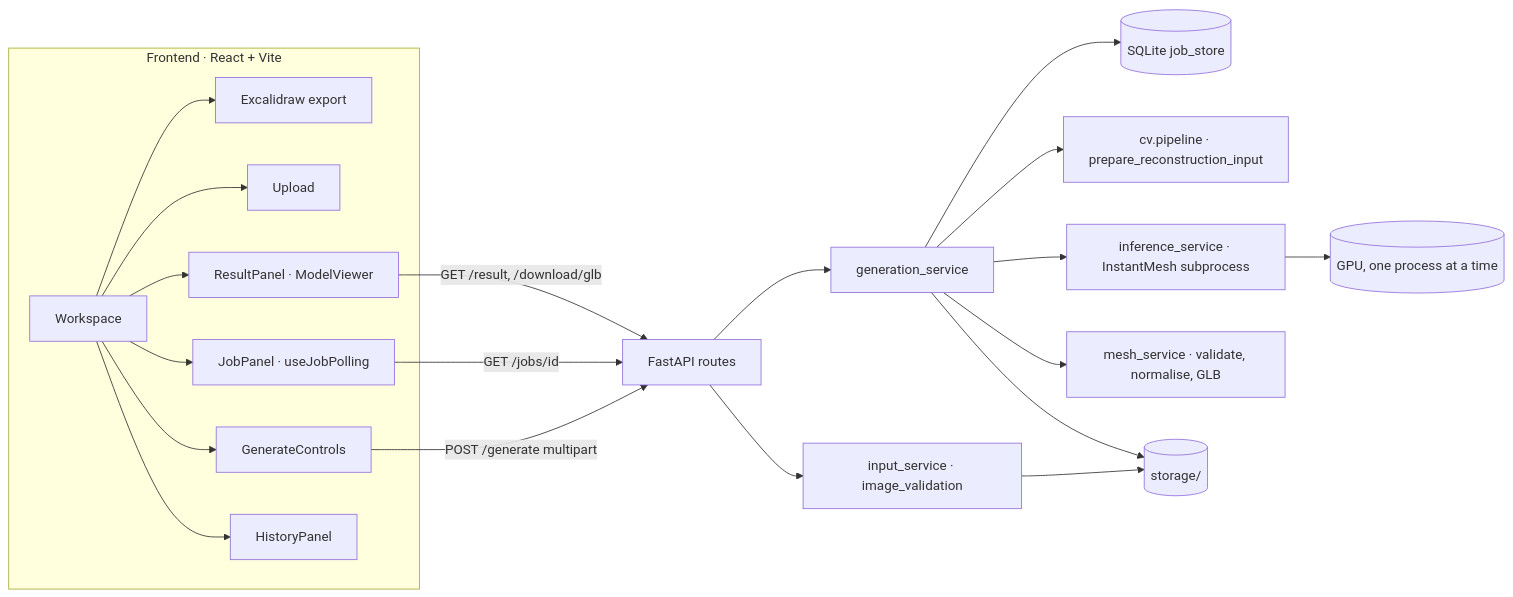
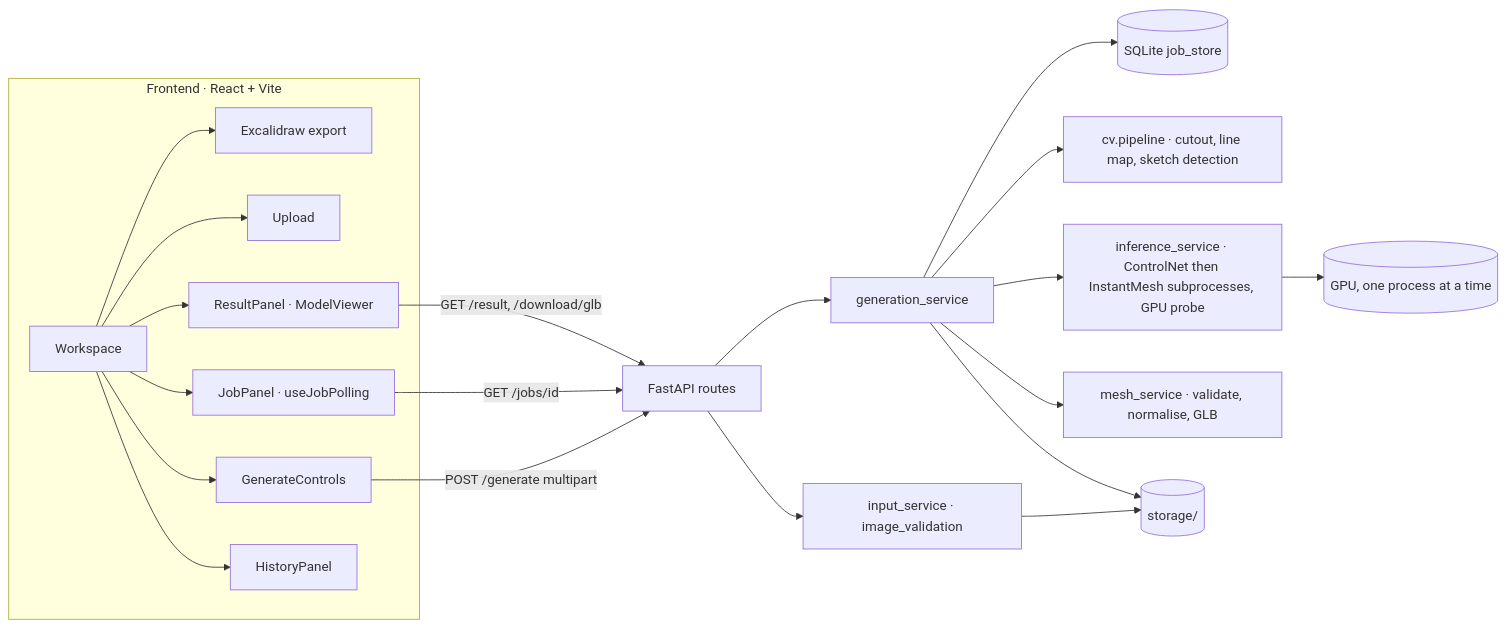
Before and after one commit to anmolkamath22/ML_HACKATHON: the diagram in docs/ARCHITECTURE.md, drawn with Mermaid. The commit also changed other lines of this file and 40 other files, not shown here.

First line of the commit message:
Add ControlNet refinement, any-GPU detection and shareable serving

````diff
--- a/docs/ARCHITECTURE.md
+++ b/docs/ARCHITECTURE.md
@@ -3,23 +3,23 @@
 ```mermaid
 flowchart LR
  subgraph UI[Frontend · React + Vite]
   W[Workspace] --> E[Excalidraw export]
   W --> U[Upload]
   W --> G[GenerateControls]
   W --> J[JobPanel · useJobPolling]
   W --> R[ResultPanel · ModelViewer]
   W --> H[HistoryPanel]
  end
  G -->|POST /generate multipart| API[FastAPI routes]
  J -->|GET /jobs/id| API
  R -->|GET /result, /download/glb| API
  API --> IS[input_service · image_validation]
  API --> GS[generation_service]
  GS --> JS[(SQLite job_store)]
- GS --> CV[cv.pipeline · prepare_reconstruction_input]
- GS --> INF[inference_service · InstantMesh subprocess]
+ GS --> CV[cv.pipeline · cutout, line map, sketch detection]
+ GS --> INF[inference_service · ControlNet then InstantMesh subprocesses, GPU probe]
  GS --> MS[mesh_service · validate, normalise, GLB]
  INF --> GPU[(GPU, one process at a time)]
  IS --> FS[(storage/)]
  GS --> FS
 ```
````
